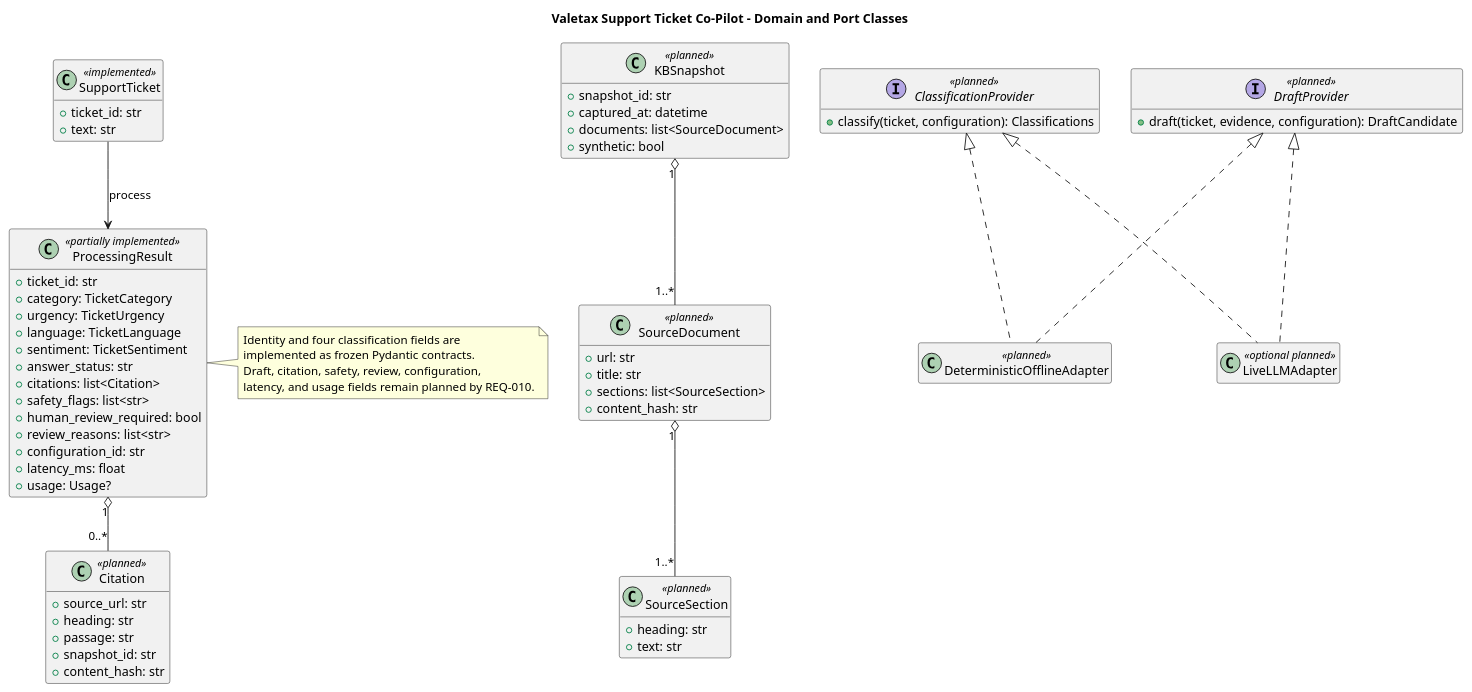
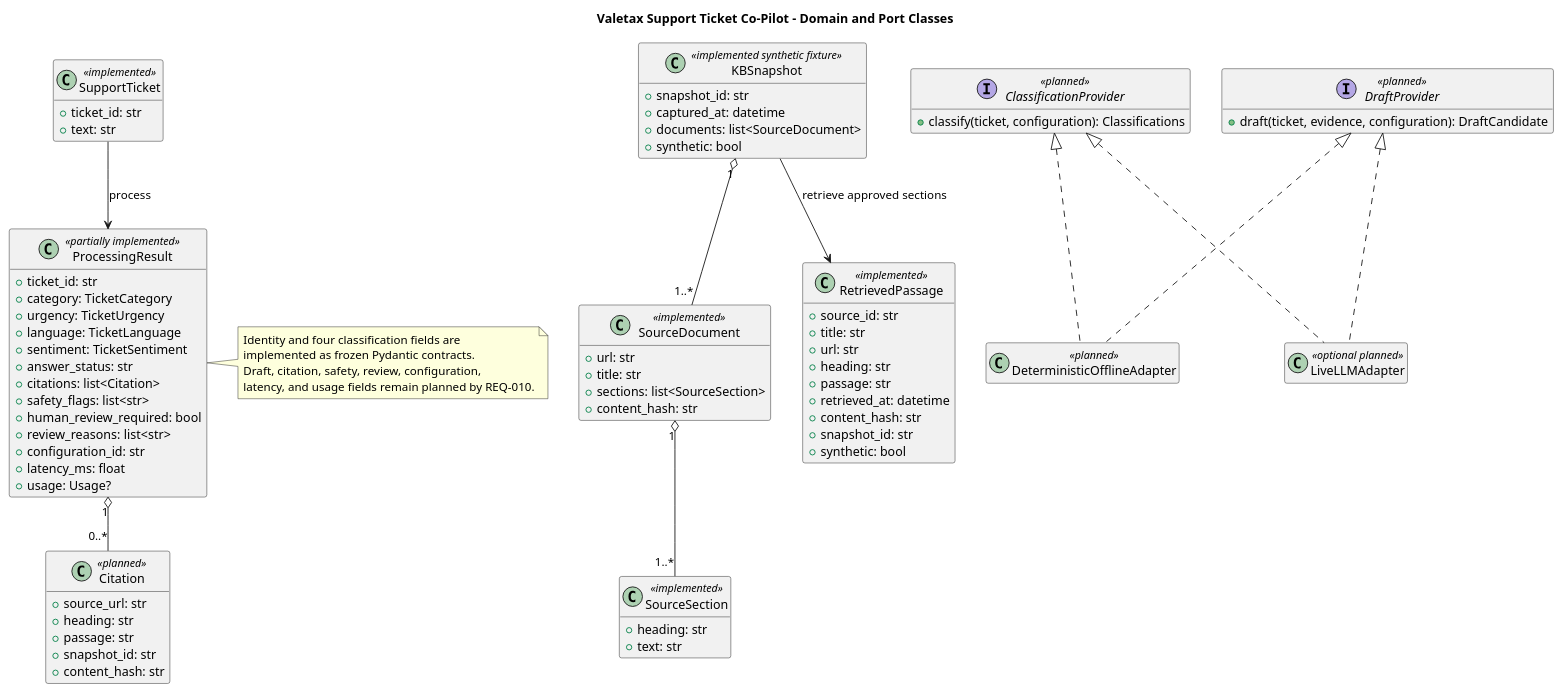
One commit to stoarch/testA2 changed the diagram in doc/uml/domain-class.puml. Above: the diagram before and after it, drawn with PlantUML. The commit also changed 24 other files, not shown here.

First line of the commit message:
feat: Implement SCN-005 for synthetic KB snapshot retrieval

```diff
--- a/doc/uml/domain-class.puml
+++ b/doc/uml/domain-class.puml
@@ -1,79 +1,92 @@
 @startuml
 title Valetax Support Ticket Co-Pilot - Domain and Port Classes
 hide empty members
 
 class SupportTicket <<implemented>> {
   +ticket_id: str
   +text: str
 }
 
 class ProcessingResult <<partially implemented>> {
   +ticket_id: str
   +category: TicketCategory
   +urgency: TicketUrgency
   +language: TicketLanguage
   +sentiment: TicketSentiment
   +answer_status: str
   +citations: list<Citation>
   +safety_flags: list<str>
   +human_review_required: bool
   +review_reasons: list<str>
   +configuration_id: str
   +latency_ms: float
   +usage: Usage?
 }
 
 class Citation <<planned>> {
   +source_url: str
   +heading: str
   +passage: str
   +snapshot_id: str
   +content_hash: str
 }
 
-class KBSnapshot <<planned>> {
+class KBSnapshot <<implemented synthetic fixture>> {
   +snapshot_id: str
   +captured_at: datetime
   +documents: list<SourceDocument>
   +synthetic: bool
 }
 
-class SourceDocument <<planned>> {
+class SourceDocument <<implemented>> {
   +url: str
   +title: str
   +sections: list<SourceSection>
   +content_hash: str
 }
 
-class SourceSection <<planned>> {
+class SourceSection <<implemented>> {
   +heading: str
   +text: str
+}
+
+class RetrievedPassage <<implemented>> {
+  +source_id: str
+  +title: str
+  +url: str
+  +heading: str
+  +passage: str
+  +retrieved_at: datetime
+  +content_hash: str
+  +snapshot_id: str
+  +synthetic: bool
 }
 
 interface ClassificationProvider <<planned>> {
   +classify(ticket, configuration): Classifications
 }
 
 interface DraftProvider <<planned>> {
   +draft(ticket, evidence, configuration): DraftCandidate
 }
 
 class DeterministicOfflineAdapter <<planned>>
 class LiveLLMAdapter <<optional planned>>
 
 ProcessingResult "1" o-- "0..*" Citation
 KBSnapshot "1" o-- "1..*" SourceDocument
 SourceDocument "1" o-- "1..*" SourceSection
+KBSnapshot --> RetrievedPassage : retrieve approved sections
 ClassificationProvider <|.. DeterministicOfflineAdapter
 DraftProvider <|.. DeterministicOfflineAdapter
 ClassificationProvider <|.. LiveLLMAdapter
 DraftProvider <|.. LiveLLMAdapter
 SupportTicket --> ProcessingResult : process
 
 note right of ProcessingResult
 Identity and four classification fields are
 implemented as frozen Pydantic contracts.
 Draft, citation, safety, review, configuration,
 latency, and usage fields remain planned by REQ-010.
 end note
 @enduml
```
